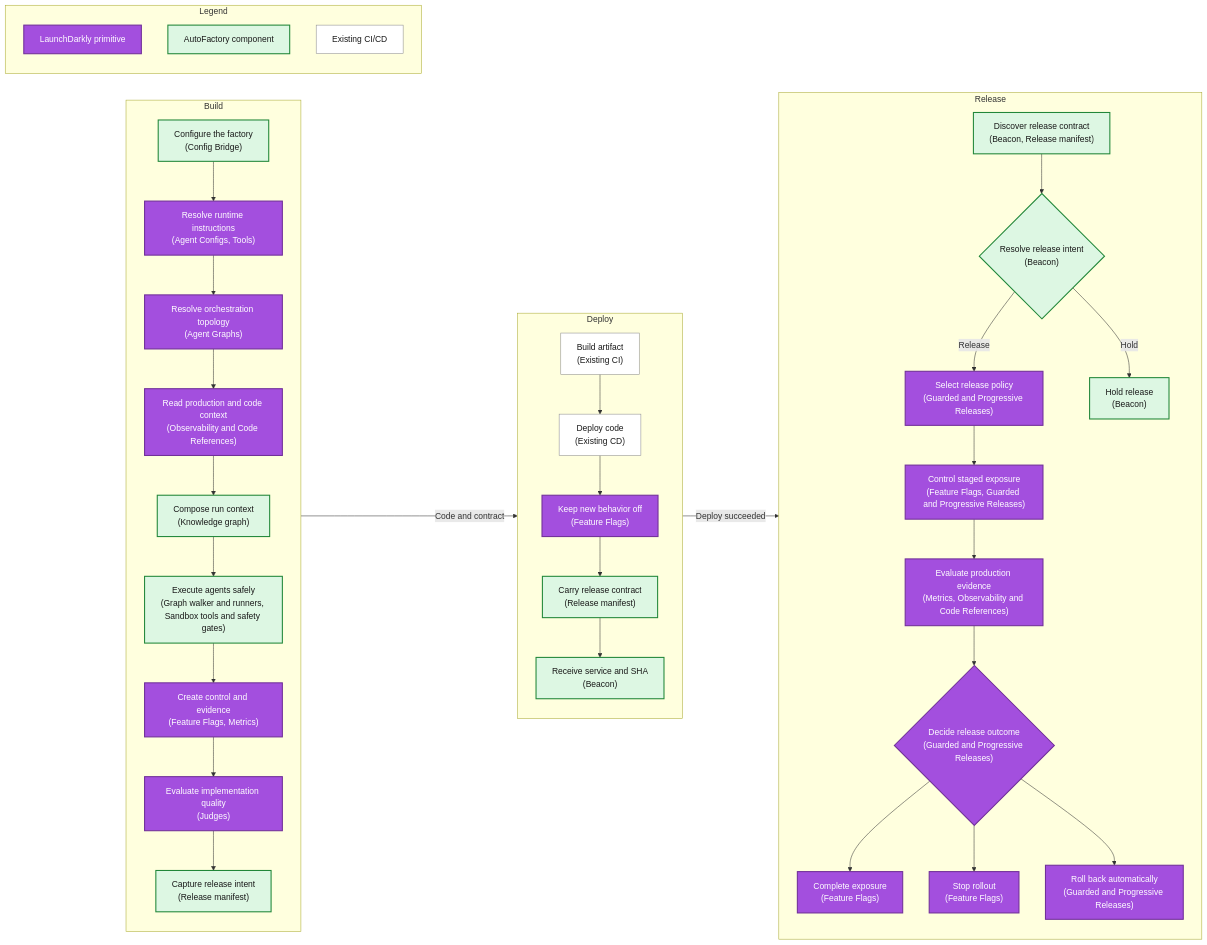
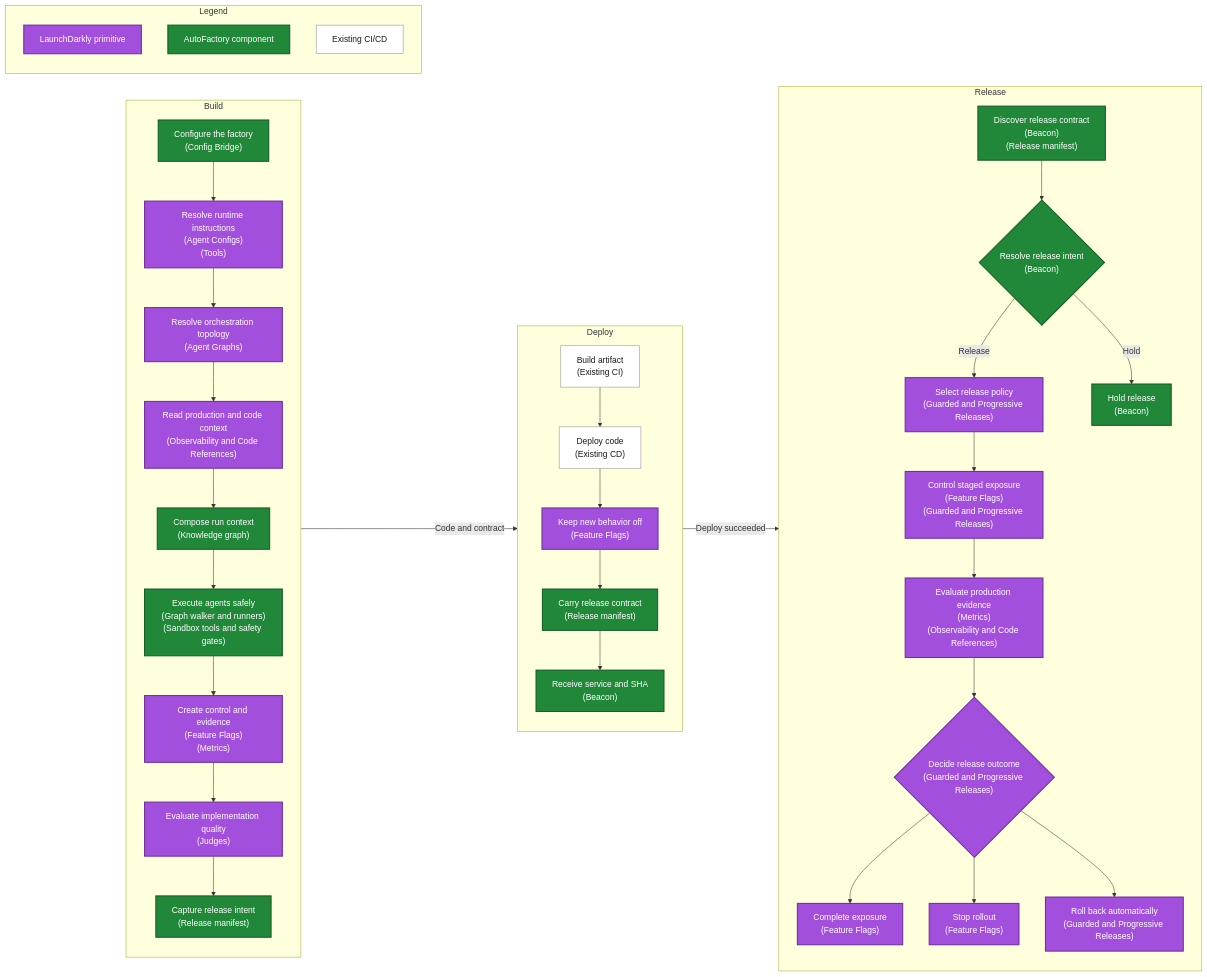
Before and after one commit to launchdarkly-labs/launchdarkly-auto-factory: the diagram in README.md, drawn with Mermaid.

Commit message:
Strengthen factory diagram styling

````diff
--- a/README.md
+++ b/README.md
@@ -21,68 +21,68 @@
 ```mermaid
 flowchart LR
     subgraph BUILD["Build"]
         direction TB
         B1["Configure the factory<br/>(Config Bridge)"]
-        B2["Resolve runtime instructions<br/>(Agent Configs, Tools)"]
+        B2["Resolve runtime instructions<br/>(Agent Configs)<br/>(Tools)"]
         B3["Resolve orchestration topology<br/>(Agent Graphs)"]
         B4["Read production and code context<br/>(Observability and Code References)"]
         B5["Compose run context<br/>(Knowledge graph)"]
-        B6["Execute agents safely<br/>(Graph walker and runners, Sandbox tools and safety gates)"]
-        B7["Create control and evidence<br/>(Feature Flags, Metrics)"]
+        B6["Execute agents safely<br/>(Graph walker and runners)<br/>(Sandbox tools and safety gates)"]
+        B7["Create control and evidence<br/>(Feature Flags)<br/>(Metrics)"]
         B8["Evaluate implementation quality<br/>(Judges)"]
         B9["Capture release intent<br/>(Release manifest)"]
         B1 --> B2 --> B3 --> B4 --> B5 --> B6 --> B7 --> B8 --> B9
     end
 
     subgraph DEPLOY["Deploy"]
         direction TB
         D1["Build artifact<br/>(Existing CI)"]
         D2["Deploy code<br/>(Existing CD)"]
         D3["Keep new behavior off<br/>(Feature Flags)"]
         D4["Carry release contract<br/>(Release manifest)"]
         D5["Receive service and SHA<br/>(Beacon)"]
         D1 --> D2 --> D3 --> D4 --> D5
     end
 
     subgraph RELEASE["Release"]
         direction TB
-        R1["Discover release contract<br/>(Beacon, Release manifest)"]
+        R1["Discover release contract<br/>(Beacon)<br/>(Release manifest)"]
         R2{"Resolve release intent<br/>(Beacon)"}
         R3["Select release policy<br/>(Guarded and Progressive Releases)"]
-        R4["Control staged exposure<br/>(Feature Flags, Guarded and Progressive Releases)"]
-        R5["Evaluate production evidence<br/>(Metrics, Observability and Code References)"]
+        R4["Control staged exposure<br/>(Feature Flags)<br/>(Guarded and Progressive Releases)"]
+        R5["Evaluate production evidence<br/>(Metrics)<br/>(Observability and Code References)"]
         R6{"Decide release outcome<br/>(Guarded and Progressive Releases)"}
         R7["Complete exposure<br/>(Feature Flags)"]
         R8["Hold release<br/>(Beacon)"]
         R9["Stop rollout<br/>(Feature Flags)"]
         R10["Roll back automatically<br/>(Guarded and Progressive Releases)"]
         R1 --> R2
         R2 -->|"Release"| R3
         R2 -->|"Hold"| R8
         R3 --> R4 --> R5 --> R6
         R6 --> R7
         R6 --> R9
         R6 --> R10
     end
 
     BUILD -->|"Code and contract"| DEPLOY
     DEPLOY -->|"Deploy succeeded"| RELEASE
 
     subgraph LEGEND["Legend"]
         direction TB
         L1["LaunchDarkly primitive"]
         L2["AutoFactory component"]
         L3["Existing CI/CD"]
     end
 
     classDef ld fill:#A34FDE,color:#FFFFFF,stroke:#713099,stroke-width:2px
-    classDef autofactory fill:#DDF7E3,color:#191919,stroke:#218739,stroke-width:2px
+    classDef autofactory fill:#218739,color:#FFFFFF,stroke:#155F28,stroke-width:2px
     classDef existing fill:#FFFFFF,color:#191919,stroke:#8C8C8C,stroke-width:1px
 
     class B2,B3,B4,B7,B8,D3,R3,R4,R5,R6,R7,R9,R10 ld
     class B1,B5,B6,B9,D4,D5,R1,R2,R8 autofactory
     class D1,D2 existing
     class L1 ld
     class L2 autofactory
     class L3 existing
 ```
````
